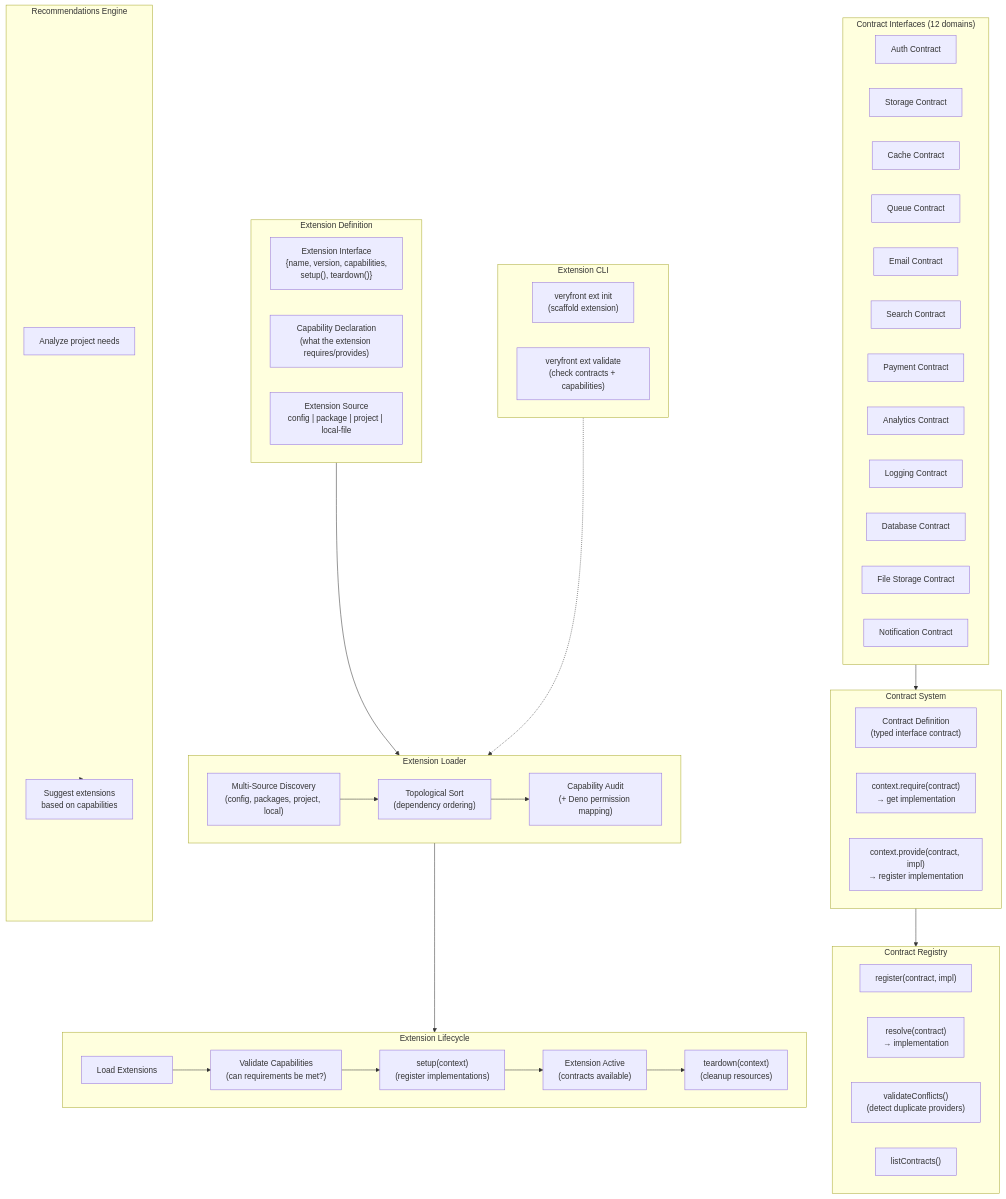
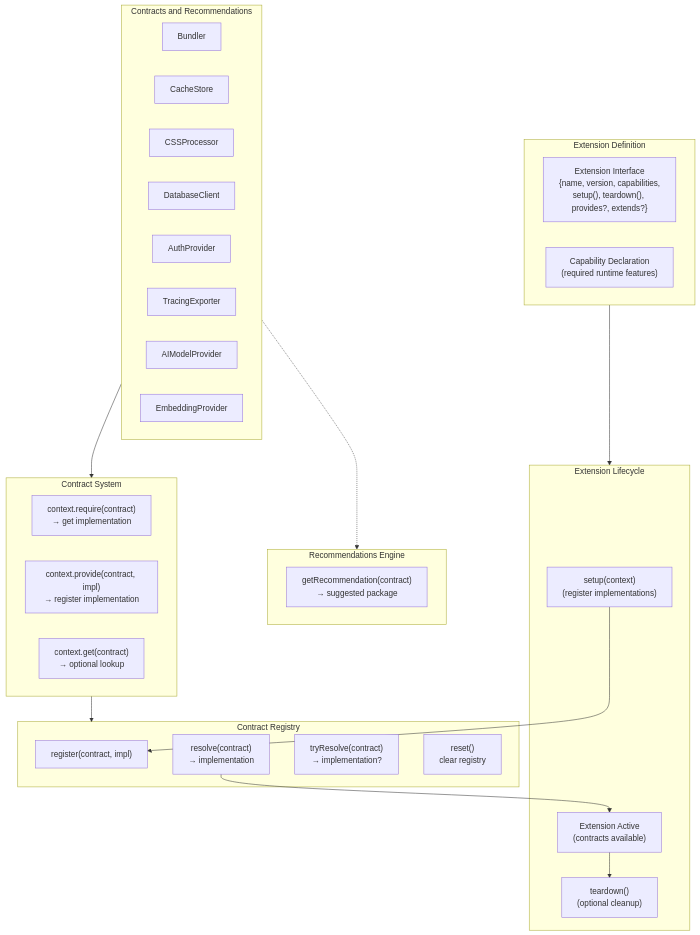
The second of 5 diagrams in docs/architecture/06-discovery-extensions.md (veryfront/veryfront-code), drawn with Mermaid before and after one commit. The commit also changed other lines of this file and 28 other files, not shown here.

````diff
--- a/docs/architecture/06-discovery-extensions.md
+++ b/docs/architecture/06-discovery-extensions.md
@@ -94,70 +94,49 @@
 ```mermaid
 graph TB
     subgraph ExtDef["Extension Definition"]
-        ExtInterface["Extension Interface<br/>{name, version, capabilities,<br/>setup(), teardown()}"]
-        Capability["Capability Declaration<br/>(what the extension requires/provides)"]
-        Source["Extension Source<br/>config | package | project | local-file"]
+        ExtInterface["Extension Interface<br/>{name, version, capabilities,<br/>setup(), teardown(), provides?, extends?}"]
+        Capability["Capability Declaration<br/>(required runtime features)"]
     end
 
-    subgraph Contracts["Contract Interfaces (12 domains)"]
-        AuthContract["Auth Contract"]
-        StorageContract["Storage Contract"]
-        CacheContract["Cache Contract"]
-        QueueContract["Queue Contract"]
-        EmailContract["Email Contract"]
-        SearchContract["Search Contract"]
-        PaymentContract["Payment Contract"]
-        AnalyticsContract["Analytics Contract"]
-        LoggingContract["Logging Contract"]
-        DatabaseContract["Database Contract"]
-        FileStorageContract["File Storage Contract"]
-        NotificationContract["Notification Contract"]
+    subgraph Contracts["Contracts and Recommendations"]
+        Bundler["Bundler"]
+        CacheStore["CacheStore"]
+        CSSProcessor["CSSProcessor"]
+        DatabaseClient["DatabaseClient"]
+        AuthProvider["AuthProvider"]
+        TracingExporter["TracingExporter"]
+        AIModelProvider["AIModelProvider"]
+        EmbeddingProvider["EmbeddingProvider"]
     end
 
     subgraph ContractSystem["Contract System"]
-        ContractDef["Contract Definition<br/>(typed interface contract)"]
         Require["context.require(contract)<br/>→ get implementation"]
         Provide["context.provide(contract, impl)<br/>→ register implementation"]
+        Get["context.get(contract)<br/>→ optional lookup"]
     end
 
     subgraph Registry2["Contract Registry"]
         Register["register(contract, impl)"]
         Resolve["resolve(contract)<br/>→ implementation"]
-        Validate["validateConflicts()<br/>(detect duplicate providers)"]
-        ListContracts["listContracts()"]
-    end
-
-    subgraph Loader["Extension Loader"]
-        MultiSource["Multi-Source Discovery<br/>(config, packages, project, local)"]
-        TopoSort["Topological Sort<br/>(dependency ordering)"]
-        CapAudit["Capability Audit<br/>(+ Deno permission mapping)"]
+        TryResolve["tryResolve(contract)<br/>→ implementation?"]
+        Reset["reset()<br/>clear registry"]
     end
 
     subgraph Lifecycle["Extension Lifecycle"]
-        Load["Load Extensions"]
-        ValidateCaps["Validate Capabilities<br/>(can requirements be met?)"]
         Setup["setup(context)<br/>(register implementations)"]
         Active["Extension Active<br/>(contracts available)"]
-        Teardown["teardown(context)<br/>(cleanup resources)"]
-    end
-
-    subgraph ExtCLI["Extension CLI"]
-        InitCmd["veryfront ext init<br/>(scaffold extension)"]
-        ValidateCmd["veryfront ext validate<br/>(check contracts + capabilities)"]
+        Teardown["teardown()<br/>(optional cleanup)"]
     end
 
     subgraph Recommendations["Recommendations Engine"]
-        Analyze["Analyze project needs"]
-        Suggest["Suggest extensions<br/>based on capabilities"]
+        Recommend["getRecommendation(contract)<br/>→ suggested package"]
     end
 
-    ExtDef --> Loader
     Contracts --> ContractSystem
     ContractSystem --> Registry2
-    Loader --> Lifecycle
-    MultiSource --> TopoSort --> CapAudit
-    Load --> ValidateCaps --> Setup --> Active
+    ExtDef --> Lifecycle
+    Setup --> Register
+    Resolve --> Active
     Active --> Teardown
-    Recommendations -.-> Suggest
-    ExtCLI -.-> Loader
+    Contracts -.-> Recommendations
 ```
````
